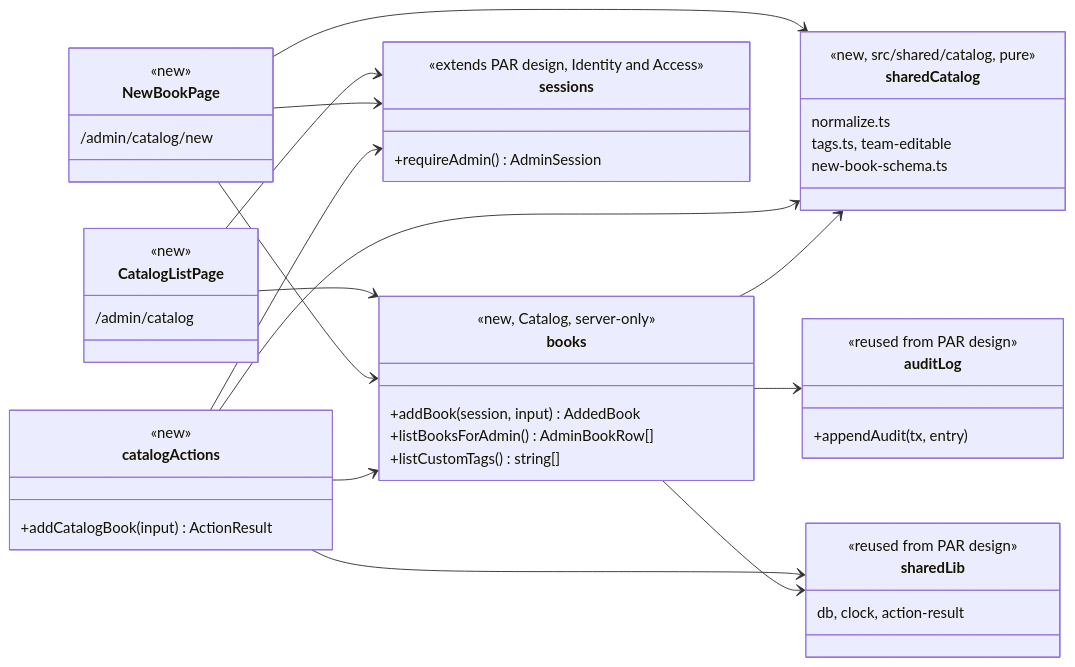
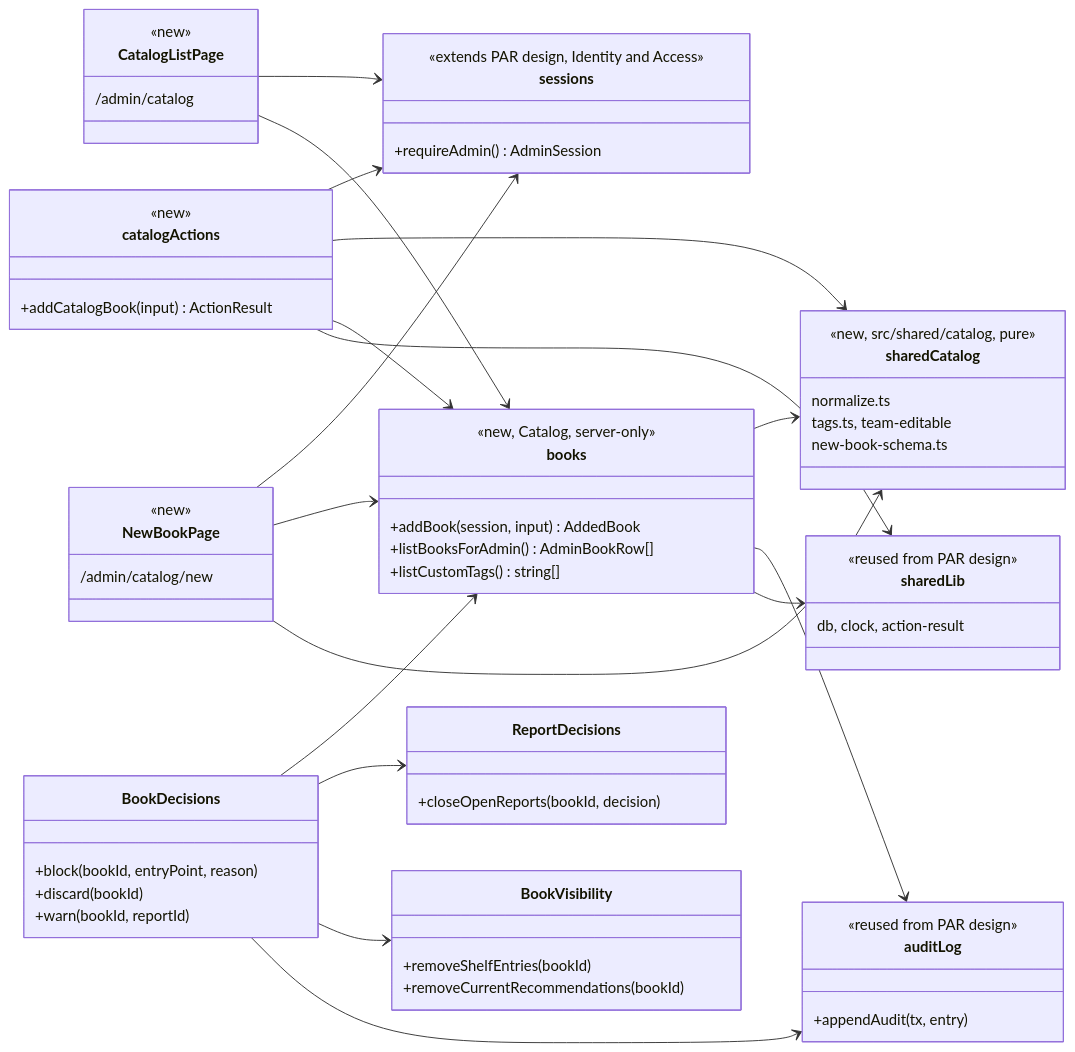
The first of 5 diagrams in design/adm.md (videogames21/book_buddies), drawn with Mermaid before and after one commit. The commit also changed other lines of this file and 4 other files, not shown here.

Commit message:
Design admin catalog blocking and report decisions

````diff
--- a/design/adm.md
+++ b/design/adm.md
@@ -22,52 +24,68 @@
 ```mermaid
 classDiagram
     direction LR
     class CatalogListPage {
         <<new>>
         /admin/catalog
     }
     class NewBookPage {
         <<new>>
         /admin/catalog/new
     }
     class catalogActions {
         <<new>>
         +addCatalogBook(input) ActionResult
     }
     class sharedCatalog {
         <<new, src/shared/catalog, pure>>
         normalize.ts
         tags.ts, team-editable
         new-book-schema.ts
     }
     class books {
         <<new, Catalog, server-only>>
         +addBook(session, input) AddedBook
         +listBooksForAdmin() AdminBookRow[]
         +listCustomTags() string[]
     }
     class sessions {
         <<extends PAR design, Identity and Access>>
         +requireAdmin() AdminSession
     }
     class auditLog {
         <<reused from PAR design>>
         +appendAudit(tx, entry)
     }
     class sharedLib {
         <<reused from PAR design>>
         db, clock, action-result
     }
     CatalogListPage --> sessions
     CatalogListPage --> books
     NewBookPage --> sessions
     NewBookPage --> books
+    class BookDecisions {
+        +block(bookId, entryPoint, reason)
+        +discard(bookId)
+        +warn(bookId, reportId)
+    }
+    class ReportDecisions {
+        +closeOpenReports(bookId, decision)
+    }
+    class BookVisibility {
+        +removeShelfEntries(bookId)
+        +removeCurrentRecommendations(bookId)
+    }
+    BookDecisions --> books
+    BookDecisions --> ReportDecisions
+    BookDecisions --> BookVisibility
+    BookDecisions --> auditLog
     NewBookPage --> sharedCatalog
     catalogActions --> sessions
     catalogActions --> sharedCatalog
     catalogActions --> books
     catalogActions --> sharedLib
     books --> sharedCatalog
     books --> auditLog
     books --> sharedLib
 ```
````
